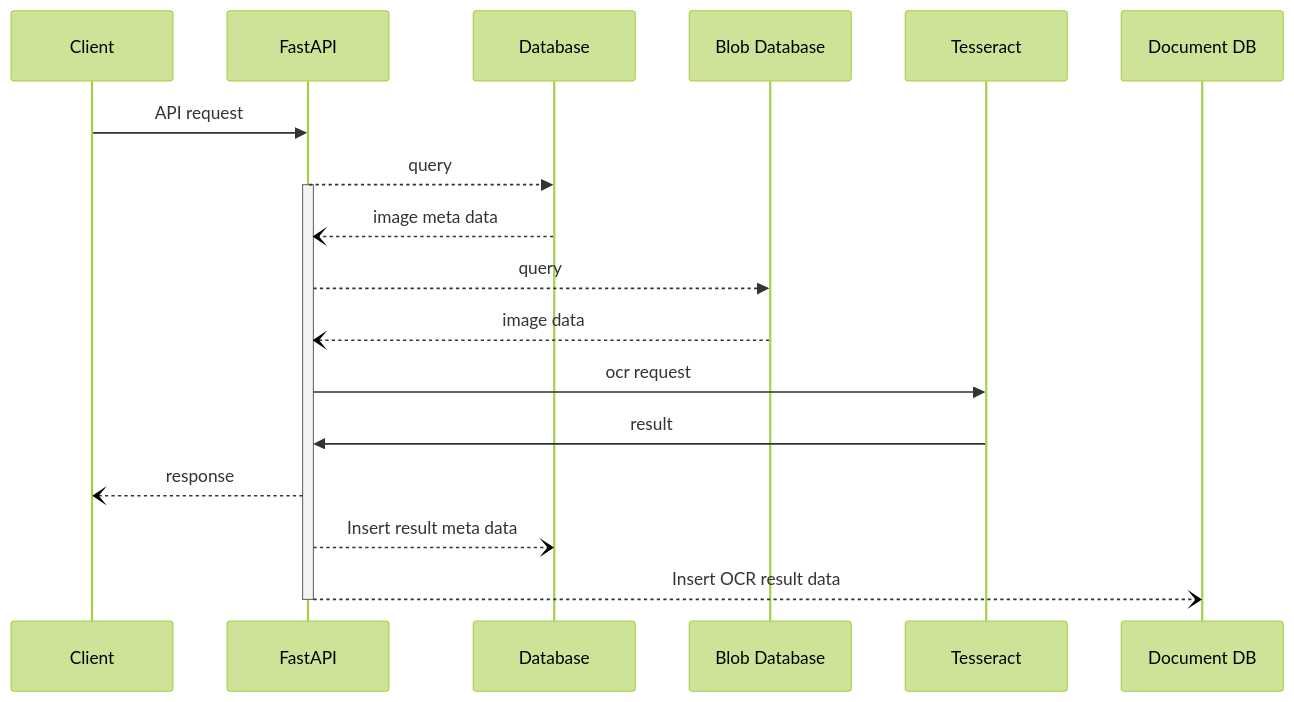
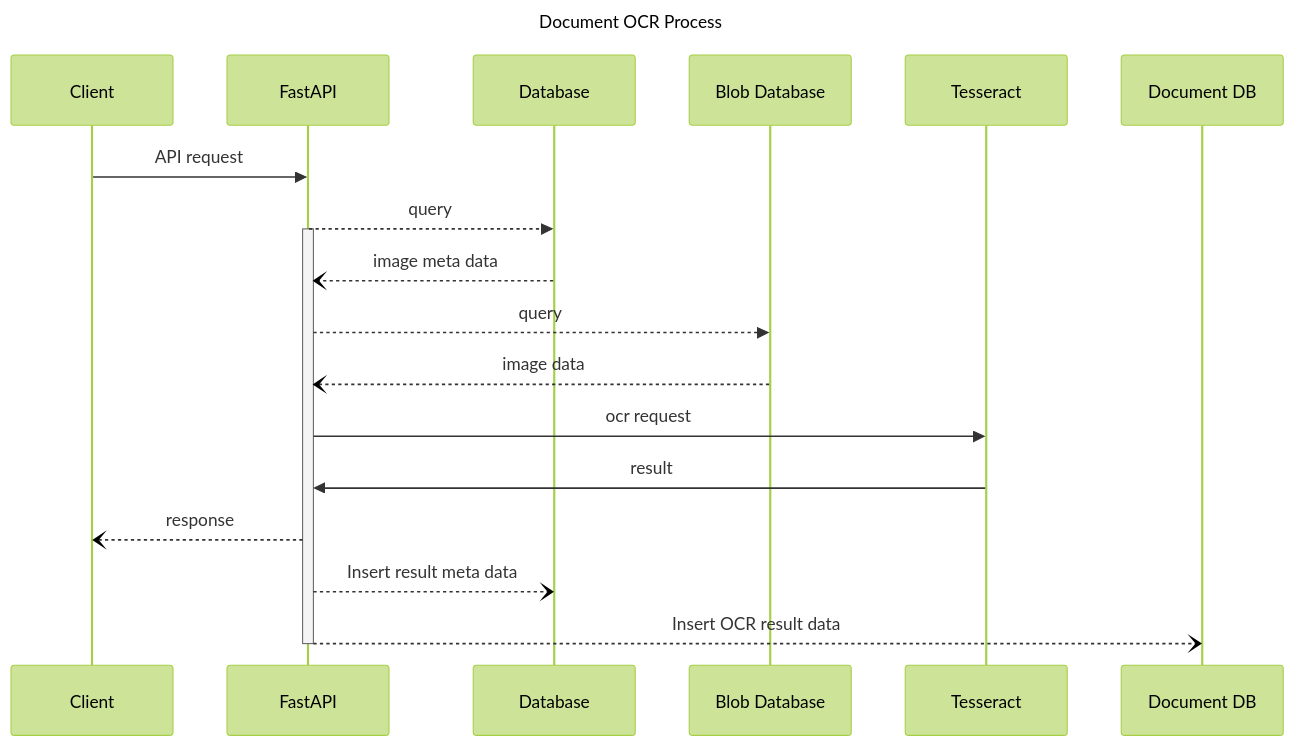
Before and after one commit to djccnt15/djccnt15.github.io: the third of 3 diagrams in docs/portfolio/vision.md, drawn with Mermaid (forest theme). The commit also changed other lines of this file and 3 other files, not shown here.

````diff
--- a/docs/portfolio/vision.md
+++ b/docs/portfolio/vision.md
@@ -171,15 +174,18 @@
 ```mermaid
+---
+title: Document OCR Process
+---
 sequenceDiagram
     Client ->> FastAPI: API request
     FastAPI -->> Database: query
     activate FastAPI
     Database --) FastAPI: image meta data
     FastAPI -->> Blob Database: query
     Blob Database --) FastAPI: image data
     FastAPI ->> Tesseract: ocr request
     Tesseract ->> FastAPI: result
     FastAPI --) Client: response
     FastAPI --) Database: Insert result meta data
     FastAPI --) Document DB: Insert OCR result data
     deactivate FastAPI
 ```
````
